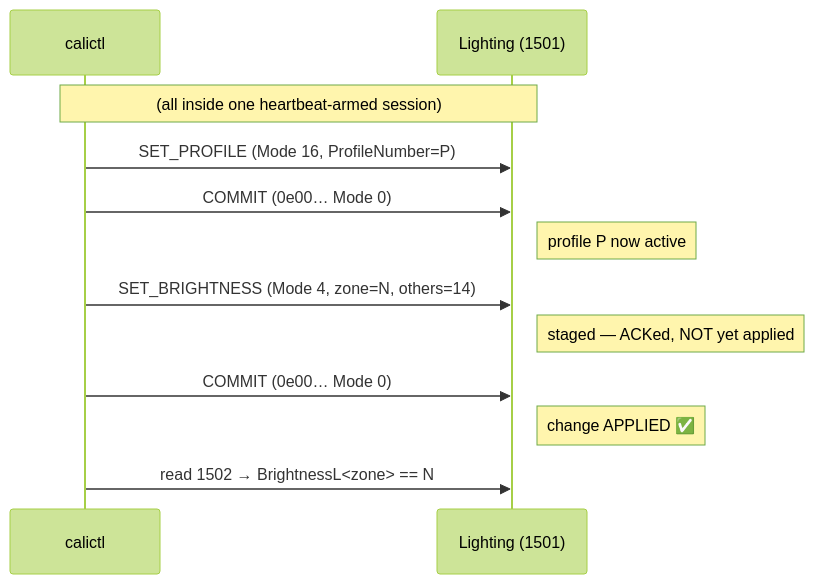
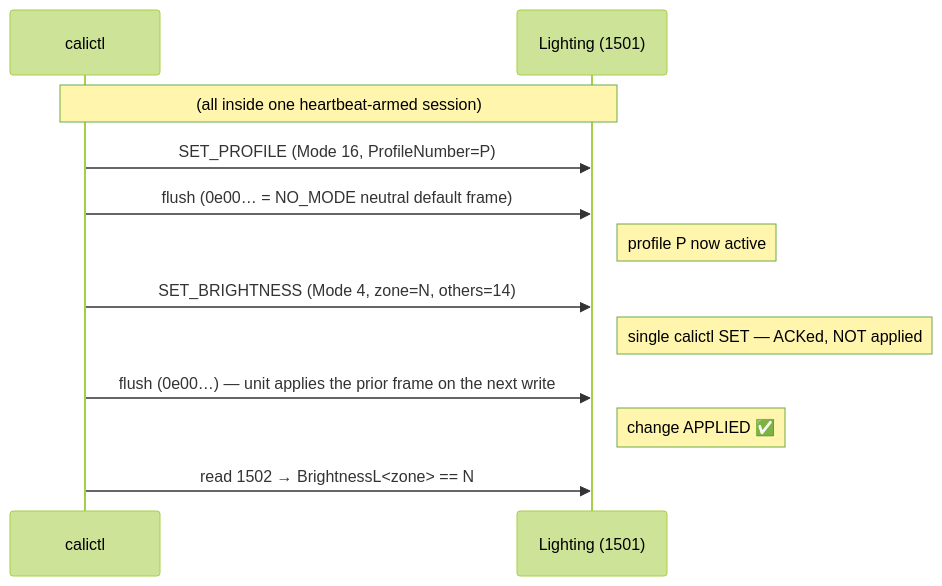
Before and after one commit to ckeller42/open-california: the fourth of 8 diagrams in docs/business-logic/protocol-sequences.md, drawn with Mermaid (forest theme). The commit also changed other lines of this file and 2 other files, not shown here.

First line of the commit message:
docs: fold in the decompile-confirmation corrections to the protocol diagrams

````diff
--- a/docs/business-logic/protocol-sequences.md
+++ b/docs/business-logic/protocol-sequences.md
@@ -79,14 +96,14 @@
 ```mermaid
 sequenceDiagram
     participant C as calictl
     participant U as Lighting (1501)
     Note over C,U: (all inside one heartbeat-armed session)
     C->>U: SET_PROFILE  (Mode 16, ProfileNumber=P)
-    C->>U: COMMIT       (0e00… Mode 0)
+    C->>U: flush (0e00… = NO_MODE neutral default frame)
     Note right of U: profile P now active
     C->>U: SET_BRIGHTNESS (Mode 4, zone=N, others=14)
-    Note right of U: staged — ACKed, NOT yet applied
-    C->>U: COMMIT       (0e00… Mode 0)
+    Note right of U: single calictl SET — ACKed, NOT applied
+    C->>U: flush (0e00…) — unit applies the prior frame on the next write
     Note right of U: change APPLIED ✅
     C->>U: read 1502 → BrightnessL<zone> == N
 ```
````
